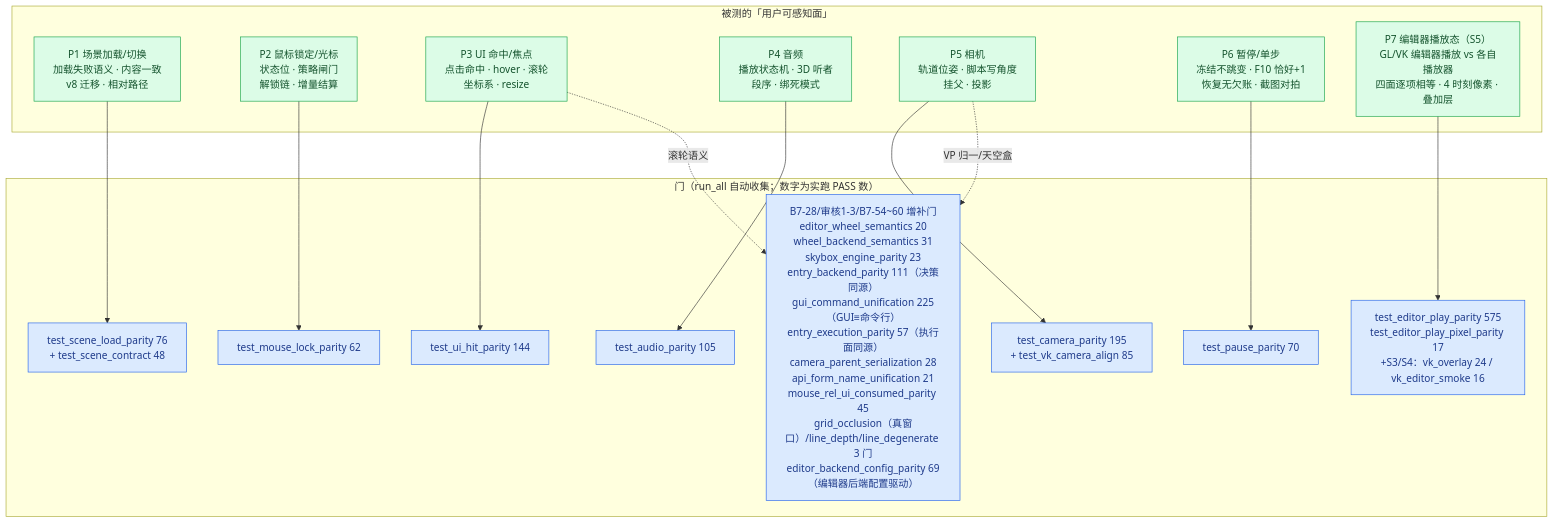
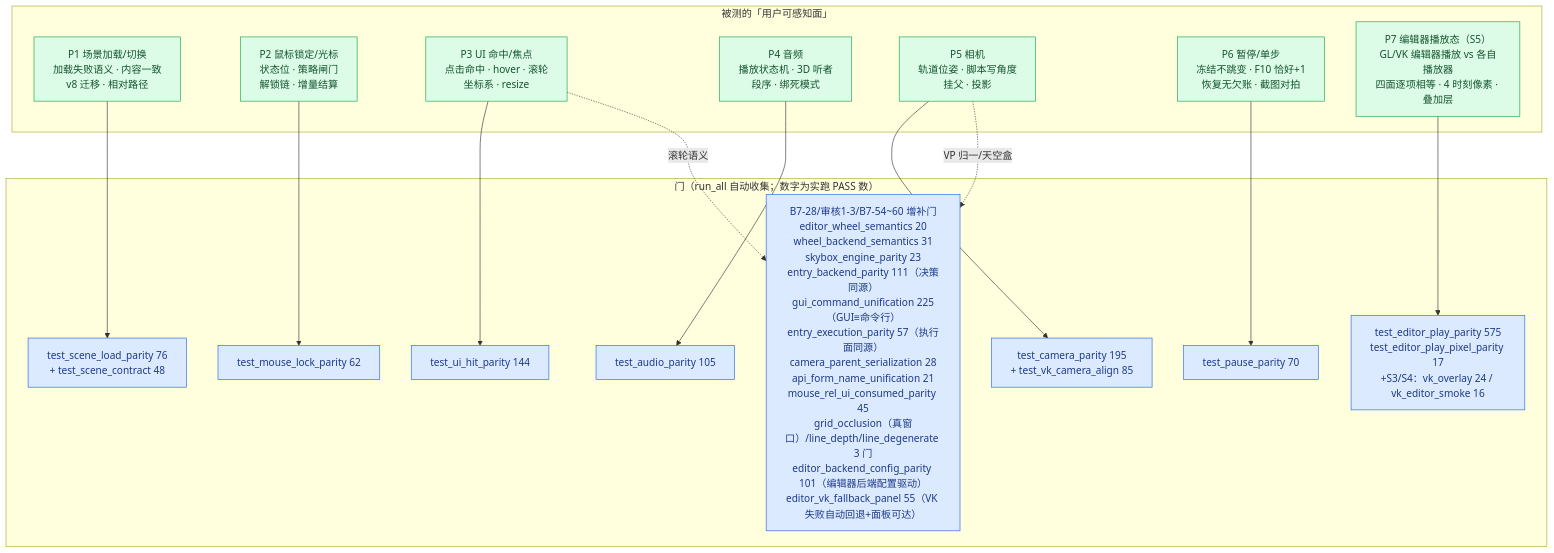
Before and after one commit to lhy302/WeaveEngine: diagram 22 of 23 in ARCHITECTURE.md, drawn with Mermaid. The commit also changed other lines of this file, not shown here.

Commit message:
docs: Q-B7-60-1 终审修复批图同步（VK 失败自动回退/面板可达/写盘单层化，HEAD 6258ff1：图1/1.1/8/9/13/19 + 169→171 个 .py/65123 行 + 新门 test_editor_vk_fallback_panel 55 + run_all 6497 PASS）

````diff
--- a/ARCHITECTURE.md
+++ b/ARCHITECTURE.md
@@ -1270,33 +1279,33 @@
 ```mermaid
 flowchart TB
   subgraph FACES["被测的「用户可感知面」"]
     F1["P1 场景加载/切换<br/>加载失败语义 · 内容一致<br/>v8 迁移 · 相对路径"]:::ok
     F2["P2 鼠标锁定/光标<br/>状态位 · 策略闸门<br/>解锁链 · 增量结算"]:::ok
     F3["P3 UI 命中/焦点<br/>点击命中 · hover · 滚轮<br/>坐标系 · resize"]:::ok
     F4["P4 音频<br/>播放状态机 · 3D 听者<br/>段序 · 绑死模式"]:::ok
     F5["P5 相机<br/>轨道位姿 · 脚本写角度<br/>挂父 · 投影"]:::ok
     F6["P6 暂停/单步<br/>冻结不跳变 · F10 恰好+1<br/>恢复无欠账 · 截图对拍"]:::ok
     F7["P7 编辑器播放态（S5）<br/>GL/VK 编辑器播放 vs 各自播放器<br/>四面逐项相等 · 4 时刻像素 · 叠加层"]:::ok
   end
   subgraph GATES["门（run_all 自动收集；数字为实跑 PASS 数）"]
     G1["test_scene_load_parity 76<br/>+ test_scene_contract 48"]:::gate
     G2["test_mouse_lock_parity 62"]:::gate
     G3["test_ui_hit_parity 144"]:::gate
     G4["test_audio_parity 105"]:::gate
     G5["test_camera_parity 195<br/>+ test_vk_camera_align 85"]:::gate
     G6["test_pause_parity 70"]:::gate
     G7["test_editor_play_parity 575<br/>test_editor_play_pixel_parity 17<br/>+S3/S4：vk_overlay 24 / vk_editor_smoke 16"]:::gate
-    G8["B7-28/审核1-3/B7-54~60 增补门<br/>editor_wheel_semantics 20<br/>wheel_backend_semantics 31<br/>skybox_engine_parity 23<br/>entry_backend_parity 111（决策同源）<br/>gui_command_unification 225（GUI≡命令行）<br/>entry_execution_parity 57（执行面同源）<br/>camera_parent_serialization 28<br/>api_form_name_unification 21<br/>mouse_rel_ui_consumed_parity 45<br/>grid_occlusion（真窗口）/line_depth/line_degenerate 3 门<br/>editor_backend_config_parity 69（编辑器后端配置驱动）"]:::gate
+    G8["B7-28/审核1-3/B7-54~60 增补门<br/>editor_wheel_semantics 20<br/>wheel_backend_semantics 31<br/>skybox_engine_parity 23<br/>entry_backend_parity 111（决策同源）<br/>gui_command_unification 225（GUI≡命令行）<br/>entry_execution_parity 57（执行面同源）<br/>camera_parent_serialization 28<br/>api_form_name_unification 21<br/>mouse_rel_ui_consumed_parity 45<br/>grid_occlusion（真窗口）/line_depth/line_degenerate 3 门<br/>editor_backend_config_parity 101（编辑器后端配置驱动）<br/>editor_vk_fallback_panel 55（VK 失败自动回退+面板可达）"]:::gate
   end
   F1 --> G1
   F2 --> G2
   F3 --> G3
   F3 -.->|滚轮语义| G8
   F4 --> G4
   F5 --> G5
   F5 -.->|VP 归一/天空盒| G8
   F6 --> G6
   F7 --> G7
   classDef ok fill:#dcfce7,stroke:#16a34a,color:#14532d
   classDef gate fill:#dbeafe,stroke:#2563eb,color:#1e3a8a
 ```
````
